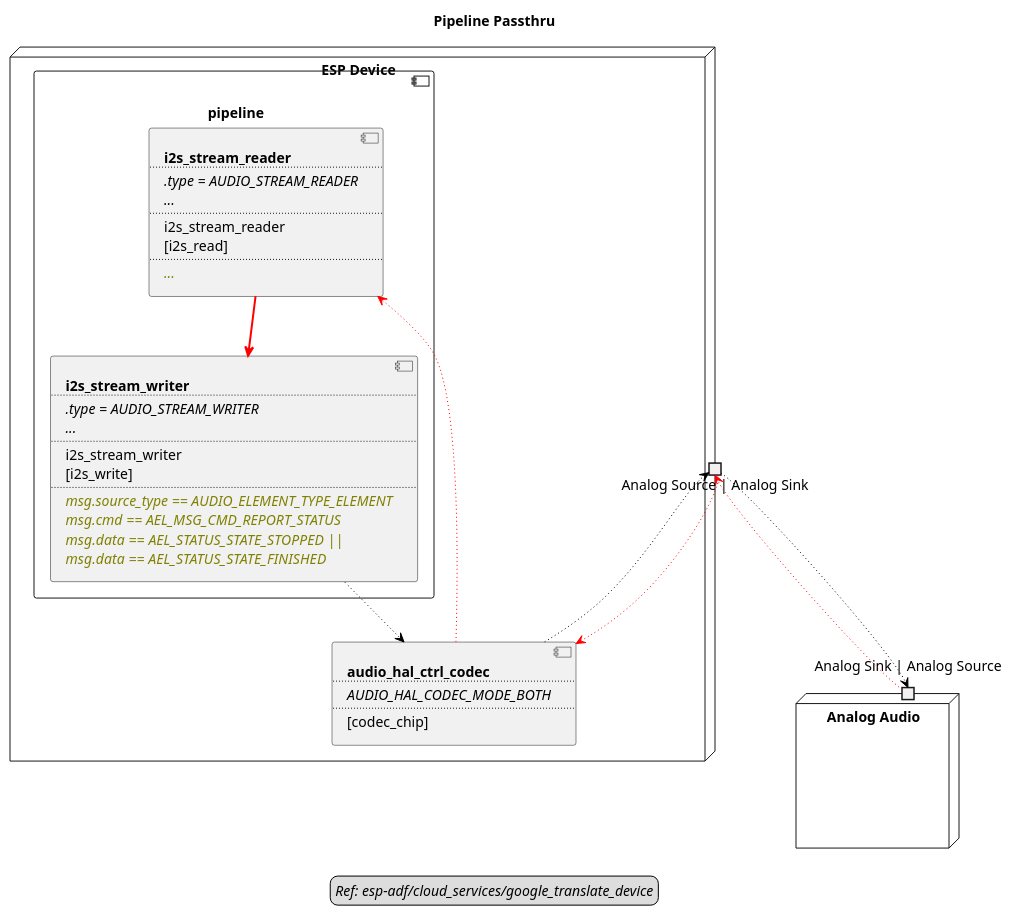
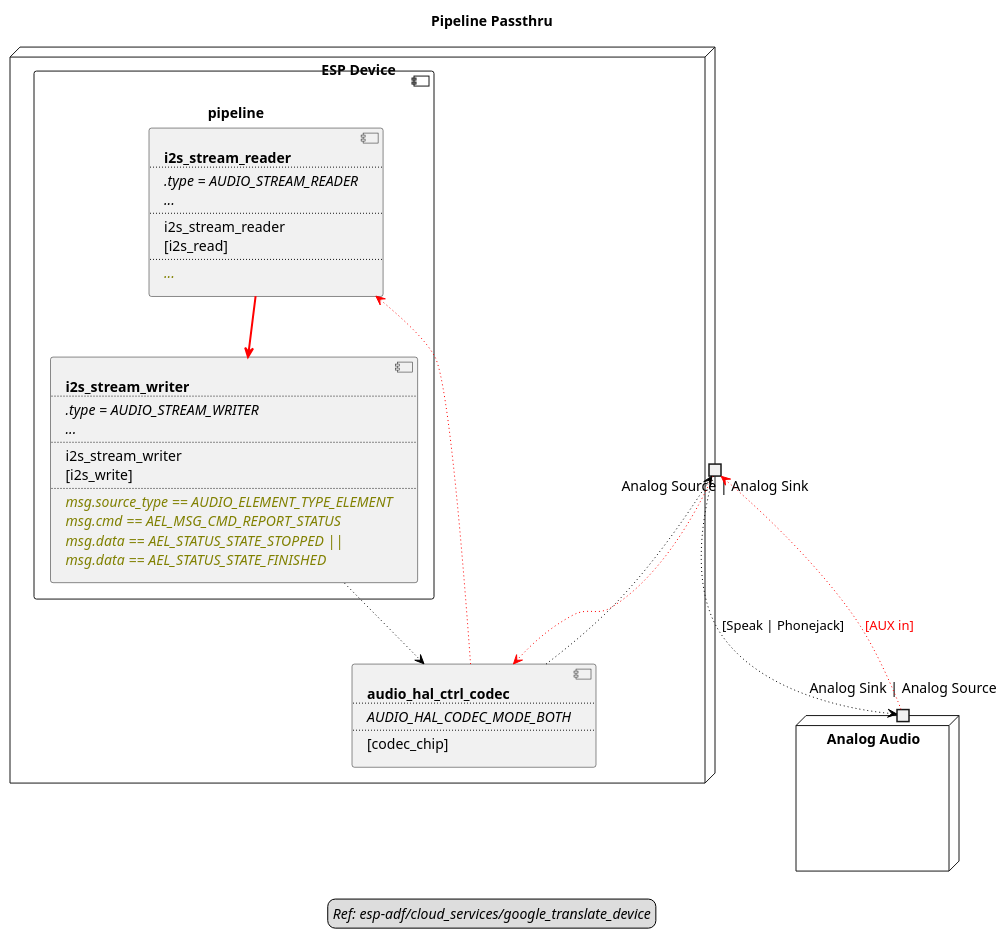
One commit to liang-zhu-zi/open-audio-adapter changed the diagram in examples/esp-adf/audio_processing/pipeline_passthru/audio-stream-diagram.plantuml. Above: the diagram before and after it, drawn with PlantUML.

Commit message:
add audio flow chart

```diff
--- a/examples/esp-adf/audio_processing/pipeline_passthru/audio-stream-diagram.plantuml
+++ b/examples/esp-adf/audio_processing/pipeline_passthru/audio-stream-diagram.plantuml
@@ -1,66 +1,66 @@
 @startuml pipeline_passthru
 title Pipeline Passthru
 allowmixing
 
 legend
 //Ref: esp-adf/cloud_services/google_translate_device//
 end legend
 
 node "ESP Device" as ESPDevice  {
   
     component "\n pipeline" as pipeline {
 
         component I2SStreamWriter [
             <b>i2s_stream_writer
             ....
             <i>.type = AUDIO_STREAM_WRITER
             <i>...
             ....
             i2s_stream_writer
             [i2s_write]
             ....
             <i><color olive>msg.source_type == AUDIO_ELEMENT_TYPE_ELEMENT
             <i><color olive>msg.cmd == AEL_MSG_CMD_REPORT_STATUS
             <i><color olive>msg.data == AEL_STATUS_STATE_STOPPED ||
             <i><color olive>msg.data == AEL_STATUS_STATE_FINISHED
         ]
 
         component I2SStreamReader [
             <b>i2s_stream_reader
             ....
             <i>.type = AUDIO_STREAM_READER
             <i>...
             ....
             i2s_stream_reader
             [i2s_read]
             ....
             <i><color olive>...
         ]
     }
 
     component HALCodec [
         <b>audio_hal_ctrl_codec
         ....
         <i>AUDIO_HAL_CODEC_MODE_BOTH
         ....
         [codec_chip]
     ]
 
     portout "Analog Source | Analog Sink" as AnalogSourceSink
 } 
 
 node "Analog Audio" as AnalogAudio  {
     portin "Analog Sink | Analog Source" as AnalogSinkSource
 }
 
-AnalogSinkSource --> AnalogSourceSink   #line:red;line.dotted;text:red
+AnalogSinkSource --> AnalogSourceSink   #line:red;line.dotted;text:red : [AUX in]
 AnalogSourceSink --> HALCodec           #line:red;line.dotted;text:red
 HALCodec         --> I2SStreamReader    #line:red;line.dotted;text:red
 
 I2SStreamReader --> I2SStreamWriter     #line:red;line.bold;text:red
 
-AnalogSourceSink--> AnalogSinkSource    #line:black;line.dotted;text:black
+I2SStreamWriter --> HALCodec            #line:black;line.dotted;text:black
 HALCodec        --> AnalogSourceSink    #line:black;line.dotted;text:black
-I2SStreamWriter --> HALCodec            #line:black;line.dotted;text:black
+AnalogSourceSink --> AnalogSinkSource   #line:black;line.dotted;text:black : [Speak | Phonejack]
 
 @enduml
```
